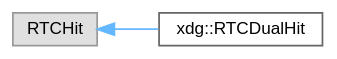
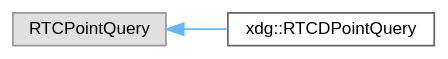
Before and after one commit to xdg-org/xdg: the diagram in inherit_graph_4.dot, drawn with Graphviz. The commit also changed 30 other files, not shown here.

```diff
--- a/inherit_graph_4.dot
+++ b/inherit_graph_4.dot
@@ -1,11 +1,11 @@
 digraph "Graphical Class Hierarchy"
 {
  // LATEX_PDF_SIZE
   bgcolor="transparent";
   edge [fontname=Helvetica,fontsize=10,labelfontname=Helvetica,labelfontsize=10];
   node [fontname=Helvetica,fontsize=10,shape=box,height=0.2,width=0.4];
   rankdir="LR";
-  Node0 [id="Node000000",label="RTCHit",height=0.2,width=0.4,color="grey60", fillcolor="#E0E0E0", style="filled",tooltip=" "];
-  Node0 -> Node1 [id="edge2_Node000000_Node000001",dir="back",color="steelblue1",style="solid",tooltip=" "];
-  Node1 [id="Node000001",label="xdg::RTCDualHit",height=0.2,width=0.4,color="grey40", fillcolor="white", style="filled",URL="$structxdg_1_1RTCDualHit.html",tooltip=" "];
+  Node0 [id="Node000000",label="RTCPointQuery",height=0.2,width=0.4,color="grey60", fillcolor="#E0E0E0", style="filled",tooltip=" "];
+  Node0 -> Node1 [id="edge3_Node000000_Node000001",dir="back",color="steelblue1",style="solid",tooltip=" "];
+  Node1 [id="Node000001",label="xdg::RTCDPointQuery",height=0.2,width=0.4,color="grey40", fillcolor="white", style="filled",URL="$structxdg_1_1RTCDPointQuery.html",tooltip=" "];
 }
```
